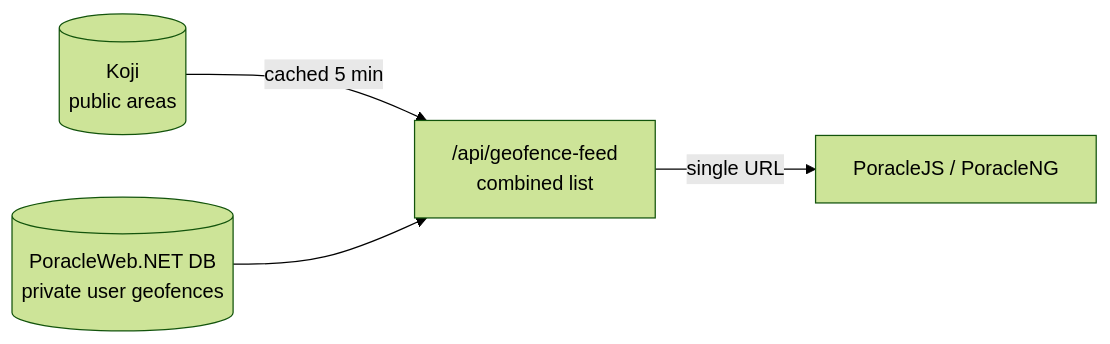
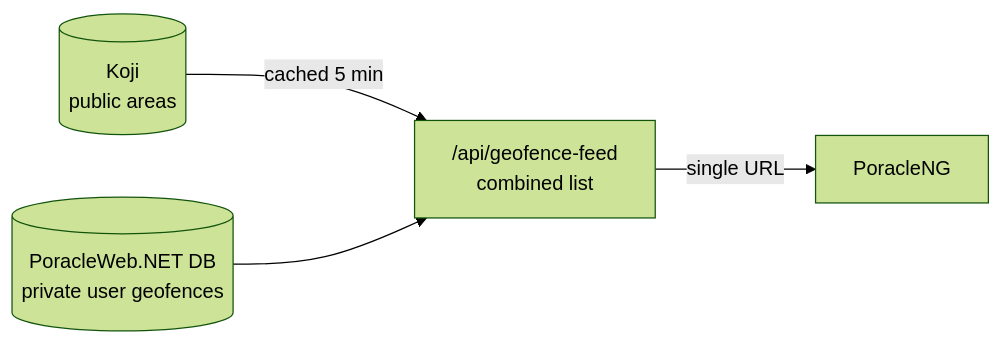
One commit to PGAN-Dev/PoracleWeb.NET changed the second of 2 diagrams in docs/features/custom-geofences/troubleshooting.md. Above: the diagram before and after it, drawn with Mermaid (forest theme). The commit also changed other lines of this file and 8 other files, not shown here.

````diff
--- a/docs/features/custom-geofences/troubleshooting.md
+++ b/docs/features/custom-geofences/troubleshooting.md
@@ -76,6 +76,6 @@
 ```mermaid
 flowchart LR
     Koji[(Koji<br/>public areas)] -->|cached 5 min| Feed
     DB[(PoracleWeb.NET DB<br/>private user geofences)] --> Feed
-    Feed["/api/geofence-feed<br/>combined list"] -->|single URL| PJS[PoracleJS / PoracleNG]
+    Feed["/api/geofence-feed<br/>combined list"] -->|single URL| PJS[PoracleNG]
 ```
````
